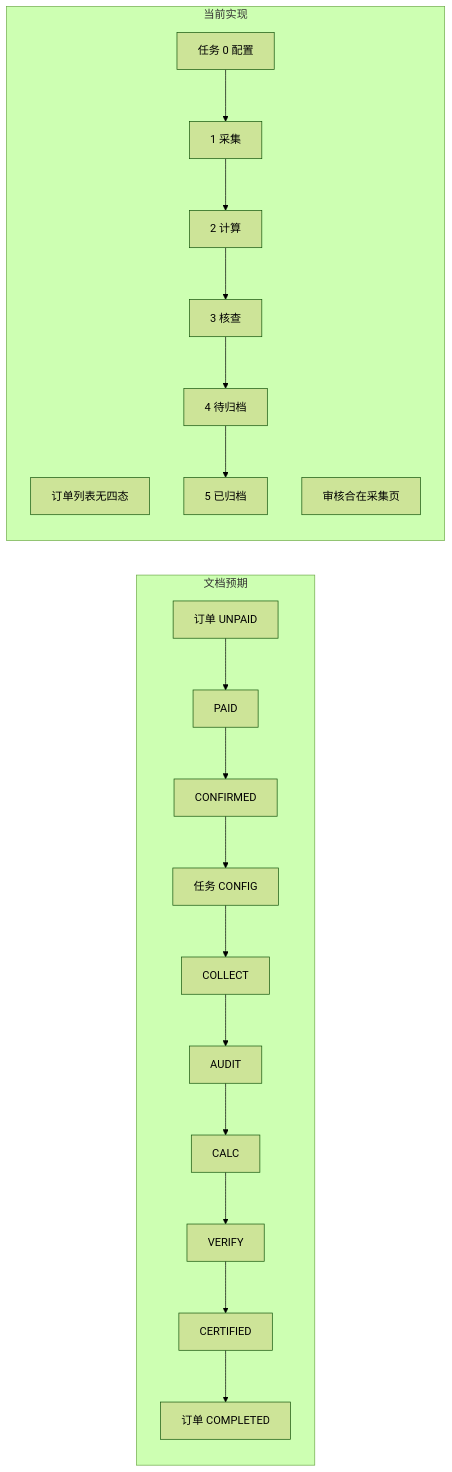
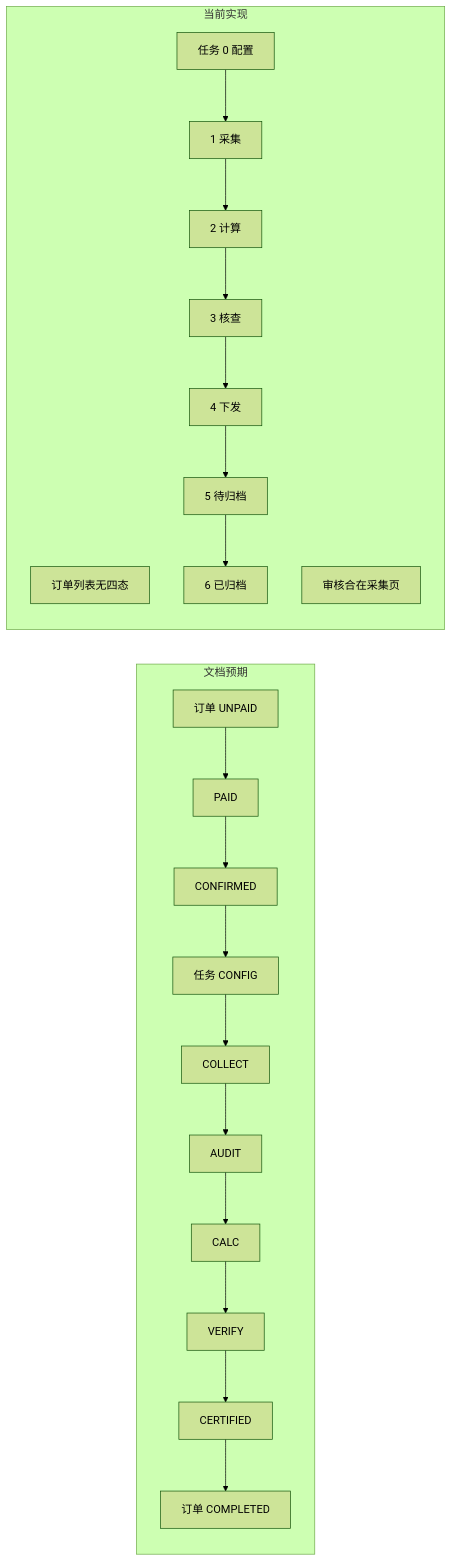
One commit to vuvanmai936-dot/steel-carbon-footprint changed the first of 2 diagrams in docs/PR_整体业务与产品设计审查.md. Above: the diagram before and after it, drawn with Mermaid (forest theme). The commit also changed other lines of this file and 12 other files, not shown here.

````diff
--- a/docs/PR_整体业务与产品设计审查.md
+++ b/docs/PR_整体业务与产品设计审查.md
@@ -111,24 +143,25 @@
 ```mermaid
 flowchart LR
   subgraph doc [文档预期]
     O1[订单 UNPAID] --> O2[PAID]
     O2 --> O3[CONFIRMED]
     O3 --> T0[任务 CONFIG]
     T0 --> T1[COLLECT]
     T1 --> T2[AUDIT]
     T2 --> T3[CALC]
     T3 --> T4[VERIFY]
     T4 --> T5[CERTIFIED]
     T5 --> O4[订单 COMPLETED]
   end
 
   subgraph impl [当前实现]
     I1[订单列表无四态]
     I2[任务 0 配置] --> I3[1 采集]
     I3 --> I4[2 计算]
     I4 --> I5[3 核查]
-    I5 --> I6[4 待归档]
-    I6 --> I7[5 已归档]
-    I8[审核合在采集页]
+    I5 --> I6[4 下发]
+    I6 --> I7[5 待归档]
+    I7 --> I8[6 已归档]
+    I9[审核合在采集页]
   end
 ```
````
